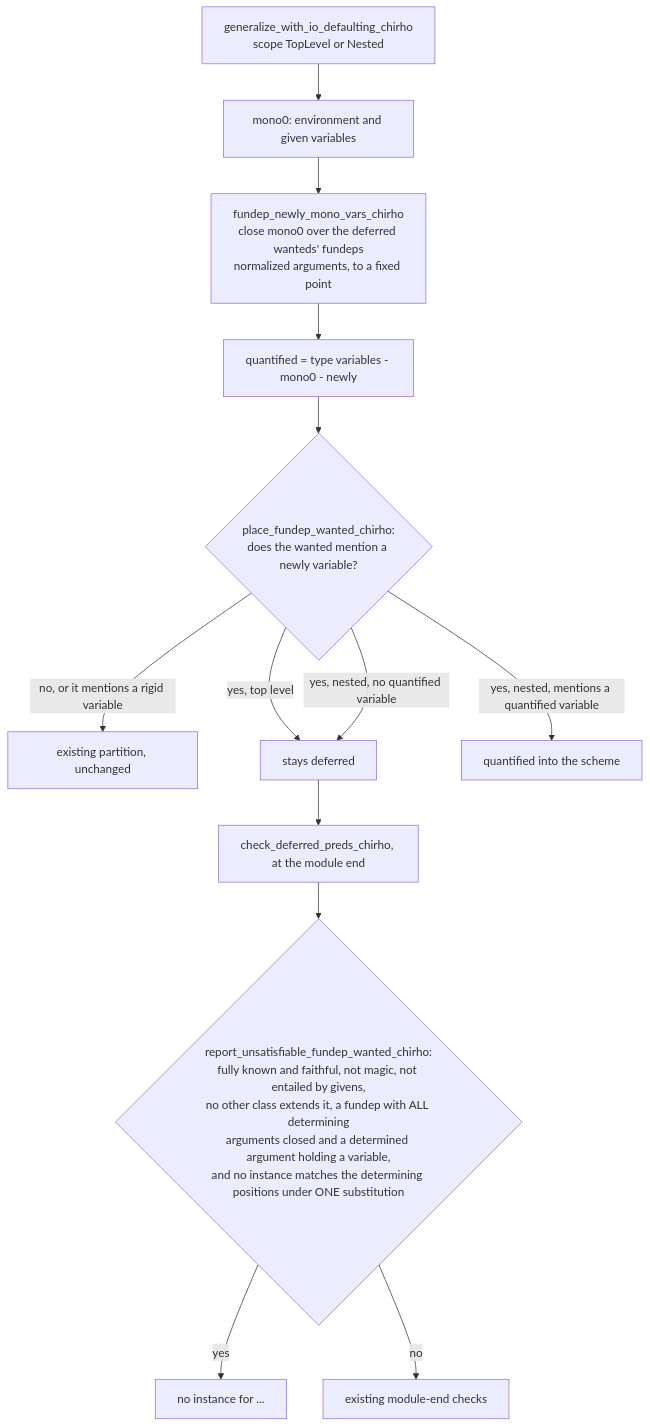
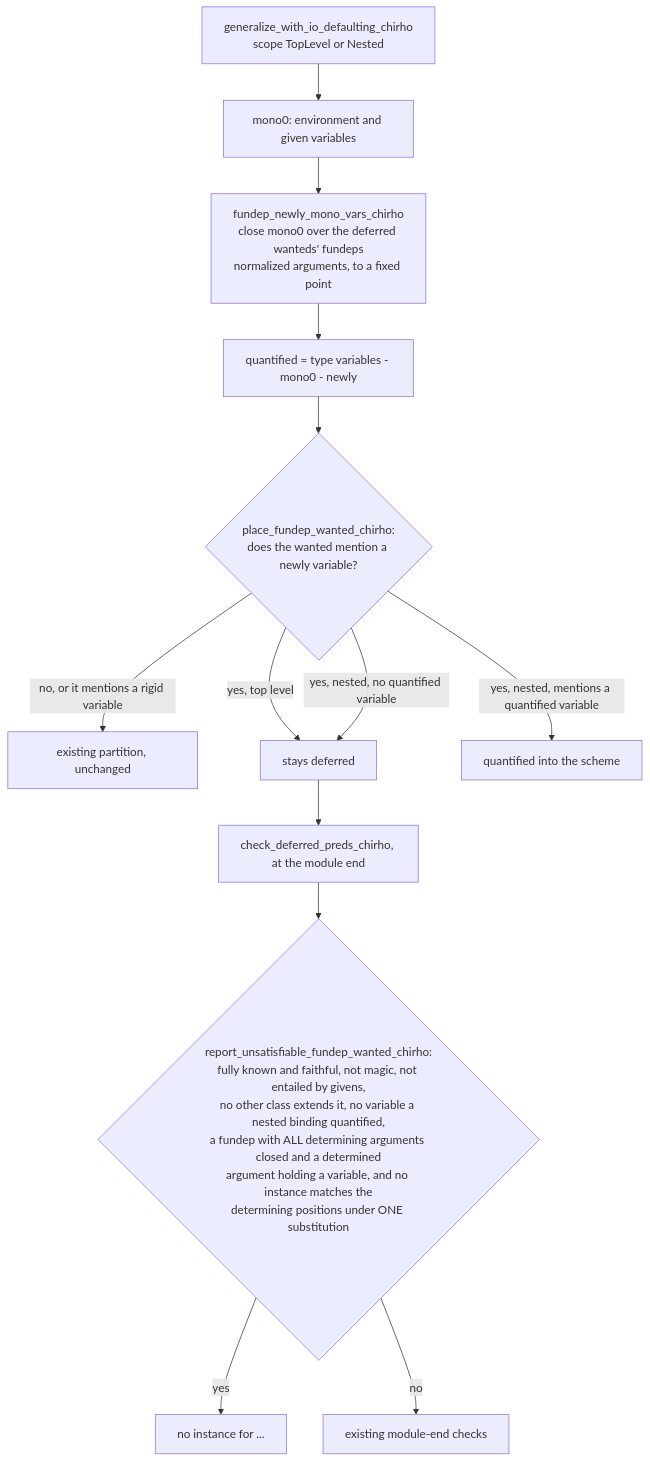
Before and after one commit to loveJesus/haskelujah-chirho: the diagram in spec-chirho/workflows-chirho/language-features-chirho/fundep-generalization-chirho.md, drawn with Mermaid. The commit also changed other lines of this file and 2 other files, not shown here.

````diff
--- a/spec-chirho/workflows-chirho/language-features-chirho/fundep-generalization-chirho.md
+++ b/spec-chirho/workflows-chirho/language-features-chirho/fundep-generalization-chirho.md
@@ -12,15 +12,15 @@
 ```mermaid
 flowchart TD
     G[generalize_with_io_defaulting_chirho<br/>scope TopLevel or Nested] --> M0[mono0: environment and given variables]
     M0 --> C[fundep_newly_mono_vars_chirho<br/>close mono0 over the deferred wanteds' fundeps<br/>normalized arguments, to a fixed point]
     C --> Q[quantified = type variables - mono0 - newly]
     Q --> P{place_fundep_wanted_chirho:<br/>does the wanted mention a newly variable?}
     P -- no, or it mentions a rigid variable --> E[existing partition, unchanged]
     P -- yes, top level --> D[stays deferred]
     P -- yes, nested, mentions a quantified variable --> S[quantified into the scheme]
     P -- yes, nested, no quantified variable --> D
     D --> F[check_deferred_preds_chirho, at the module end]
-    F --> B{report_unsatisfiable_fundep_wanted_chirho:<br/>fully known and faithful, not magic, not entailed by givens,<br/>no other class extends it, a fundep with ALL determining<br/>arguments closed and a determined argument holding a variable,<br/>and no instance matches the determining positions under ONE substitution}
+    F --> B{report_unsatisfiable_fundep_wanted_chirho:<br/>fully known and faithful, not magic, not entailed by givens,<br/>no other class extends it, no variable a nested binding quantified,<br/>a fundep with ALL determining arguments closed and a determined<br/>argument holding a variable, and no instance matches the<br/>determining positions under ONE substitution}
     B -- yes --> R[no instance for ...]
     B -- no --> X[existing module-end checks]
 ```
````
